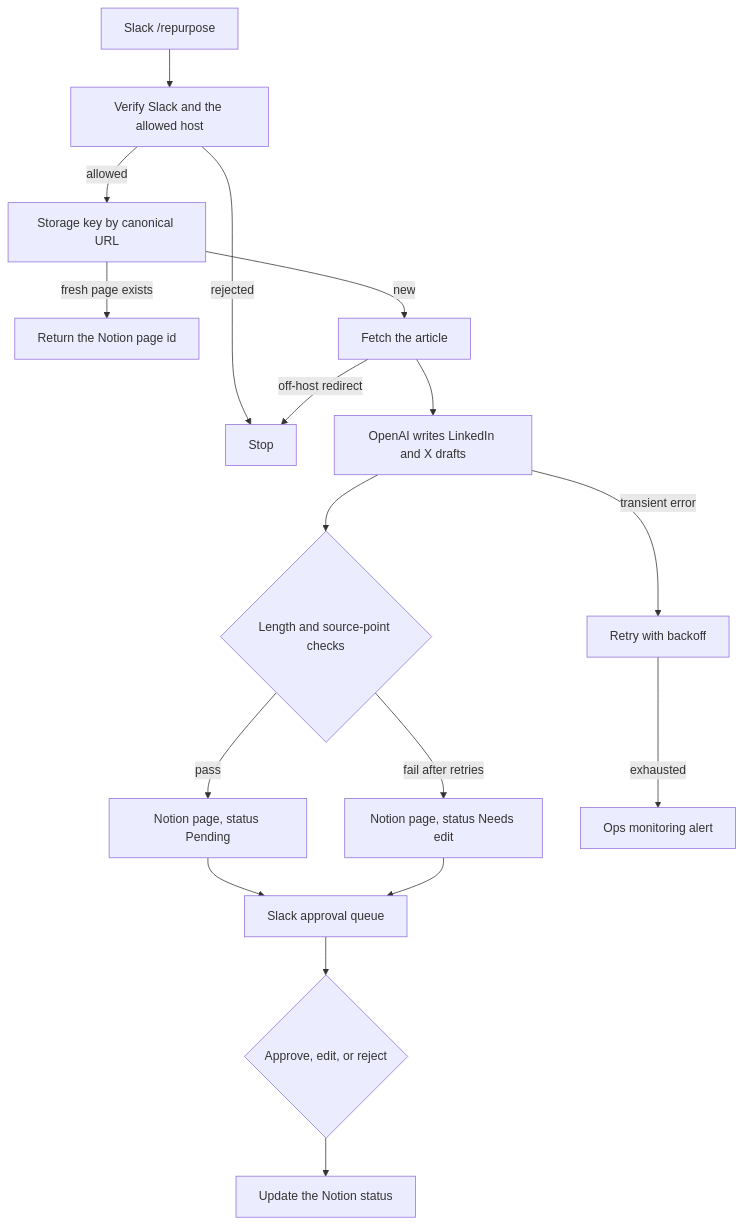
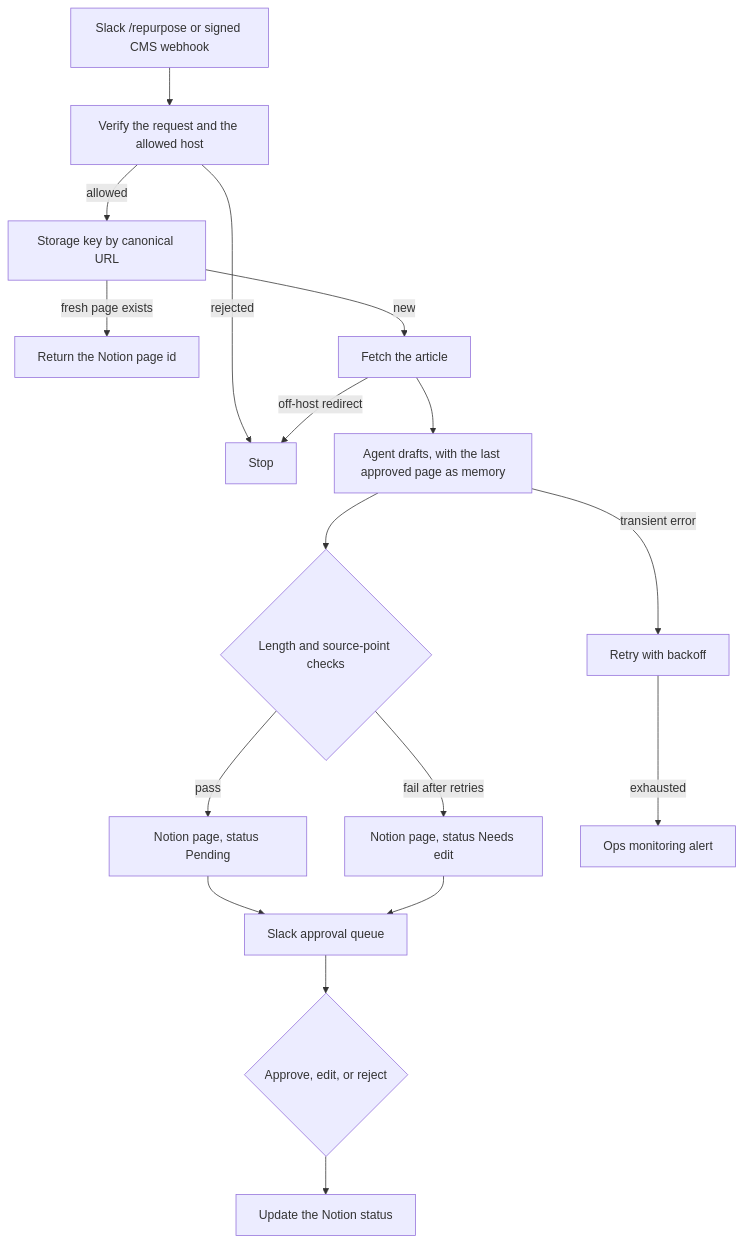
One commit to Raghavdeora27/ai-automation-portfolio changed the diagram in workflows/14-content-repurposing/README.md. Above: the diagram before and after it, drawn with Mermaid. The commit also changed other lines of this file and 29 other files, not shown here.

````diff
--- a/workflows/14-content-repurposing/README.md
+++ b/workflows/14-content-repurposing/README.md
@@ -76,19 +76,19 @@
 ```mermaid
 flowchart TD
-  slack["Slack /repurpose"] --> verify["Verify Slack and the allowed host"]
+  slack["Slack /repurpose or signed CMS webhook"] --> verify["Verify the request and the allowed host"]
   verify -->|rejected| stop["Stop"]
   verify -->|allowed| dedupe["Storage key by canonical URL"]
   dedupe -->|fresh page exists| replay["Return the Notion page id"]
   dedupe -->|new| fetch["Fetch the article"]
-  fetch --> draft["OpenAI writes LinkedIn and X drafts"]
+  fetch --> draft["Agent drafts, with the last approved page as memory"]
   draft --> checks{"Length and source-point checks"}
   checks -->|pass| notion["Notion page, status Pending"]
   checks -->|fail after retries| notionEdit["Notion page, status Needs edit"]
   notion --> queue["Slack approval queue"]
   notionEdit --> queue
   queue --> decision{"Approve, edit, or reject"}
   decision --> status["Update the Notion status"]
   fetch -->|off-host redirect| stop
   draft -->|transient error| retry["Retry with backoff"]
   retry -->|exhausted| alert["Ops monitoring alert"]
 ```
````
